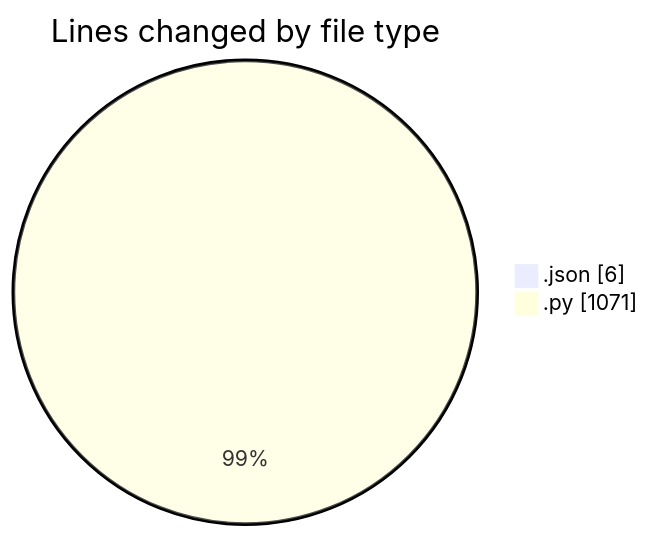
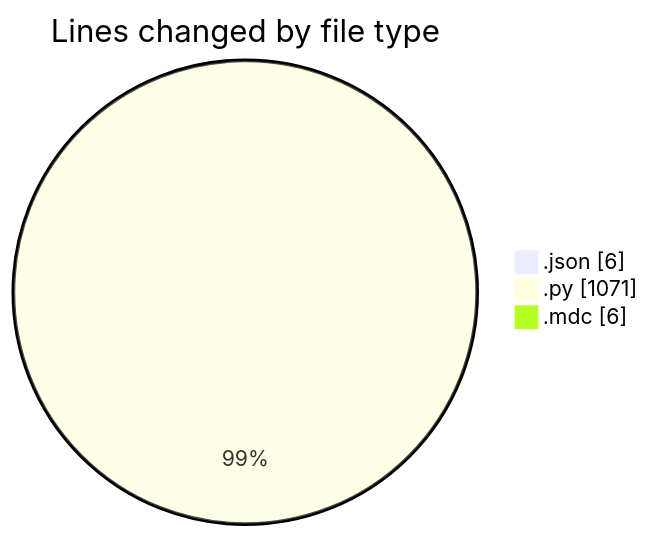
Before and after one commit to jrari/code-tracking: the first of 2 diagrams in 2025-07-16/telebot/README.md, drawn with Mermaid. The commit also changed other lines of this file and 1 other file, not shown here.

````diff
--- a/2025-07-16/telebot/README.md
+++ b/2025-07-16/telebot/README.md
@@ -21,6 +22,7 @@
 ```mermaid
 pie showData
 title Lines changed by file type
 ".json" : 6
 ".py" : 1071
+".mdc" : 6
 ```
````
